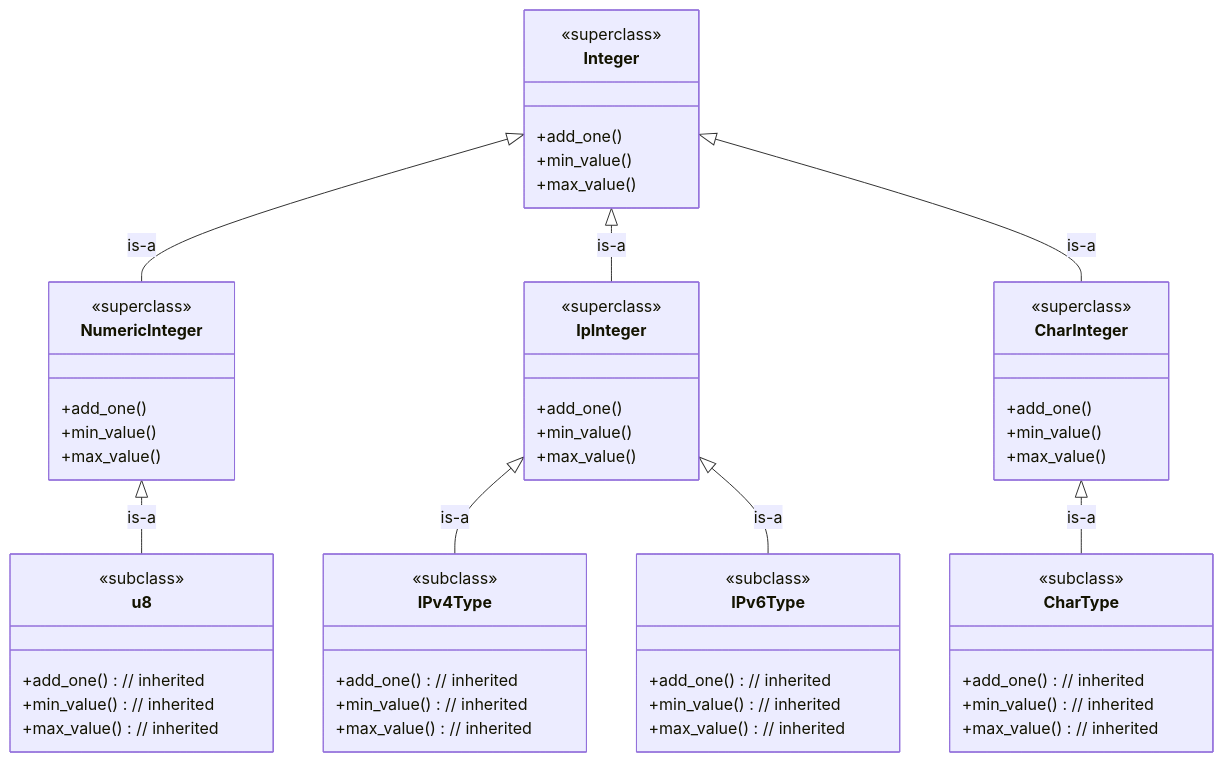
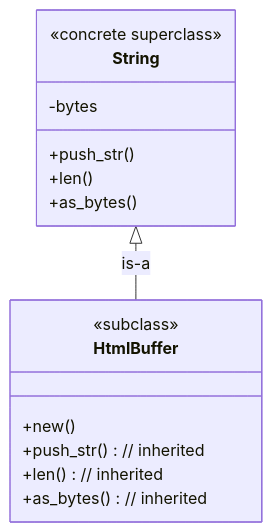
The diagram in examples/5_puzzle.md (CarlKCarlK/inherit), drawn with Mermaid before and after one commit. The commit also changed other lines of this file and 9 other files, not shown here.

````diff
--- a/examples/5_puzzle.md
+++ b/examples/5_puzzle.md
@@ -8,69 +5,22 @@
 ```mermaid
 classDiagram
     direction TB
 
-    class Integer {
-        <<superclass>>
-        +add_one()
-        +min_value()
-        +max_value()
+    class String {
+        <<concrete superclass>>
+        -bytes
+        +push_str()
+        +len()
+        +as_bytes()
     }
 
-    class NumericInteger {
-        <<superclass>>
-        +add_one()
-        +min_value()
-        +max_value()
+    class HtmlBuffer {
+        <<subclass>>
+        +new()
+        +push_str() // inherited
+        +len() // inherited
+        +as_bytes() // inherited
     }
 
-    class IpInteger {
-        <<superclass>>
-        +add_one()
-        +min_value()
-        +max_value()
-    }
-
-    class CharInteger {
-        <<superclass>>
-        +add_one()
-        +min_value()
-        +max_value()
-    }
-
-    class u8 {
-        <<subclass>>
-        +add_one() // inherited
-        +min_value() // inherited
-        +max_value() // inherited
-    }
-
-    class IPv4Type {
-        <<subclass>>
-        +add_one() // inherited
-        +min_value() // inherited
-        +max_value() // inherited
-    }
-
-    class IPv6Type {
-        <<subclass>>
-        +add_one() // inherited
-        +min_value() // inherited
-        +max_value() // inherited
-    }
-
-    class CharType {
-        <<subclass>>
-        +add_one() // inherited
-        +min_value() // inherited
-        +max_value() // inherited
-    }
-
-    Integer <|-- NumericInteger : is-a
-    Integer <|-- IpInteger : is-a
-    Integer <|-- CharInteger : is-a
-
-    NumericInteger <|-- u8 : is-a
-    IpInteger <|-- IPv4Type : is-a
-    IpInteger <|-- IPv6Type : is-a
-    CharInteger <|-- CharType : is-a
+    String <|-- HtmlBuffer : is-a
 ```
````
